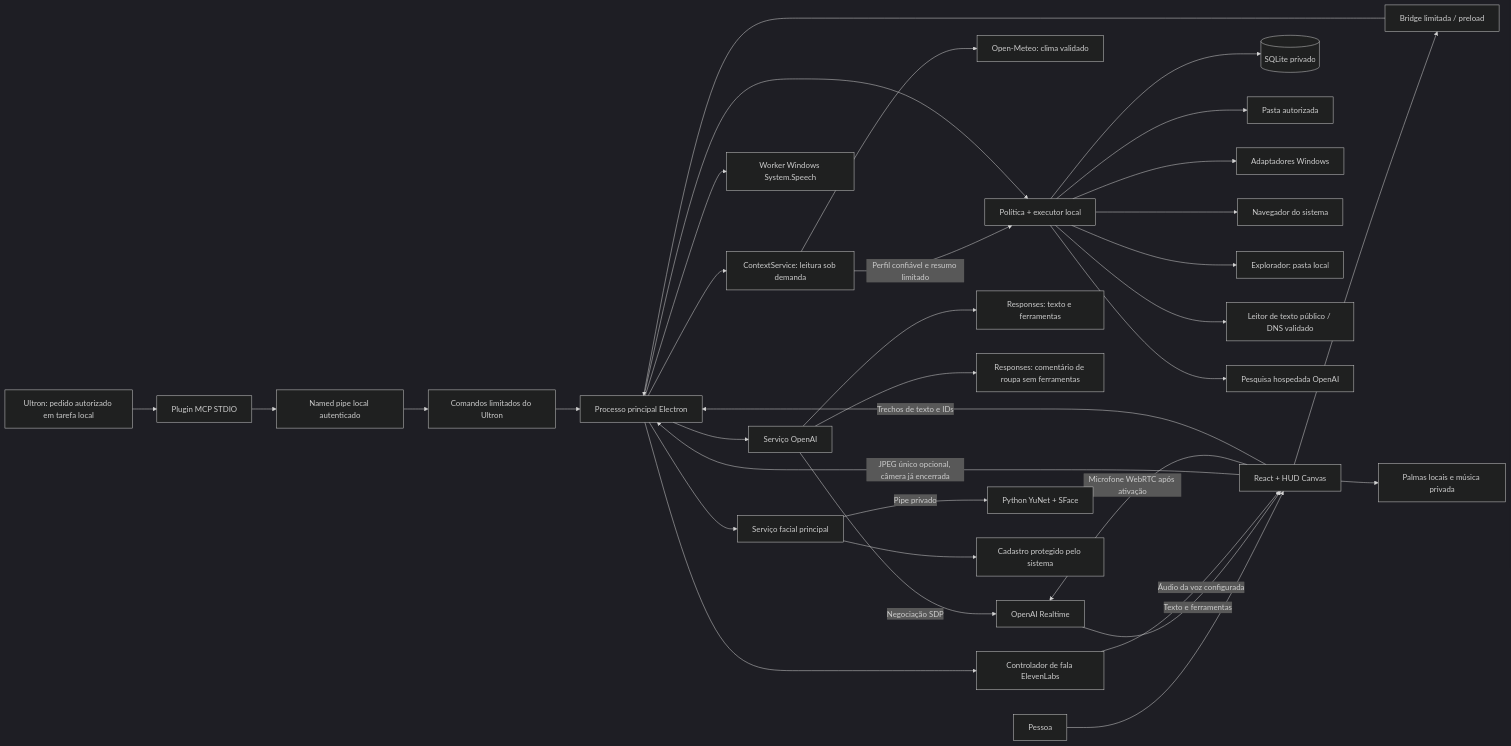
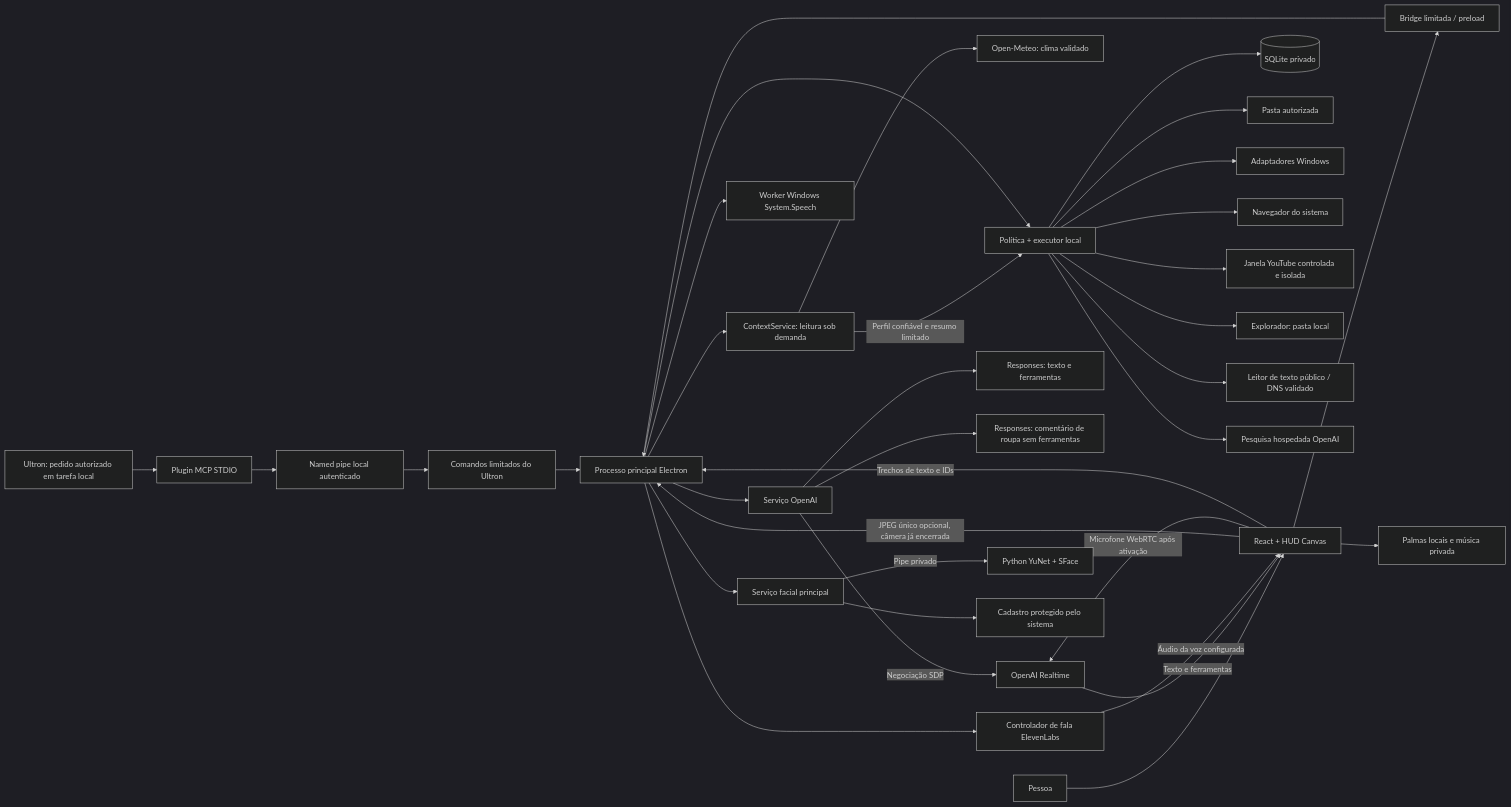
One commit to Gleysonp-Dev/GleysonSilva-Jarvis changed the diagram in docs/architecture.md. Above: the diagram before and after it, drawn with Mermaid (dark theme). The commit also changed other lines of this file and 22 other files, not shown here.

Commit message:
feat: add verified YouTube search and playback controls for native voice and text in 0.6.1

````diff
--- a/docs/architecture.md
+++ b/docs/architecture.md
@@ -17,36 +19,37 @@
 ```mermaid
 flowchart LR
     Dot[Ultron: pedido autorizado em tarefa local] --> MCP[Plugin MCP STDIO]
     MCP --> Pipe[Named pipe local autenticado]
     Pipe --> Ultron[Comandos limitados do Ultron]
     Ultron --> Main
     Pessoa[Pessoa] --> UI[React + HUD Canvas]
     UI --> Bridge[Bridge limitada / preload]
     Bridge --> Main[Processo principal Electron]
     Main --> Context[ContextService: leitura sob demanda]
     Context --> Weather[Open-Meteo: clima validado]
     Context -->|Perfil confiável e resumo limitado| Runtime
     Main --> Provider[Serviço OpenAI]
     Provider --> Responses[Responses: texto e ferramentas]
     UI -->|JPEG único opcional, câmera já encerrada| Main
     Provider --> Outfit[Responses: comentário de roupa sem ferramentas]
     UI -->|Microfone WebRTC após ativação| Realtime[OpenAI Realtime]
     Realtime -->|Texto e ferramentas| UI
     Provider -->|Negociação SDP| Realtime
     UI -->|Trechos de texto e IDs| Main
     Main --> Speech[Controlador de fala ElevenLabs]
     Speech -->|Áudio da voz configurada| UI
     UI --> Standby[Palmas locais e música privada]
     Main --> Wake[Worker Windows System.Speech]
     Main --> Runtime[Política + executor local]
     Runtime --> DB[(SQLite privado)]
     Runtime --> Files[Pasta autorizada]
     Runtime --> Apps[Adaptadores Windows]
     Runtime --> Browser[Navegador do sistema]
+    Runtime --> YouTube[Janela YouTube controlada e isolada]
     Runtime --> Folders[Explorador: pasta local]
     Runtime --> Web[Leitor de texto público / DNS validado]
     Runtime --> Search[Pesquisa hospedada OpenAI]
     Main --> Vision[Serviço facial principal]
     Vision -->|Pipe privado| Worker[Python YuNet + SFace]
     Vision --> Protected[Cadastro protegido pelo sistema]
 ```
````
